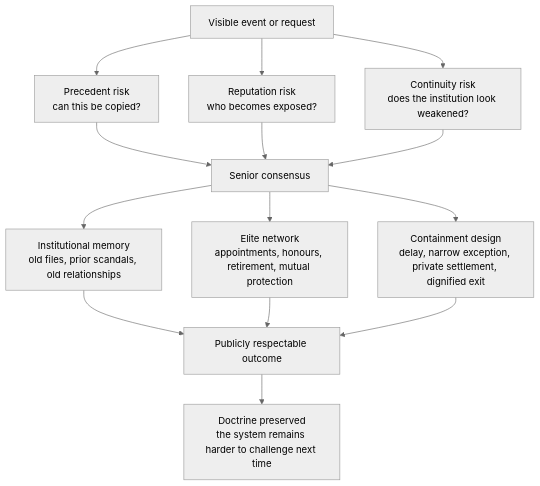
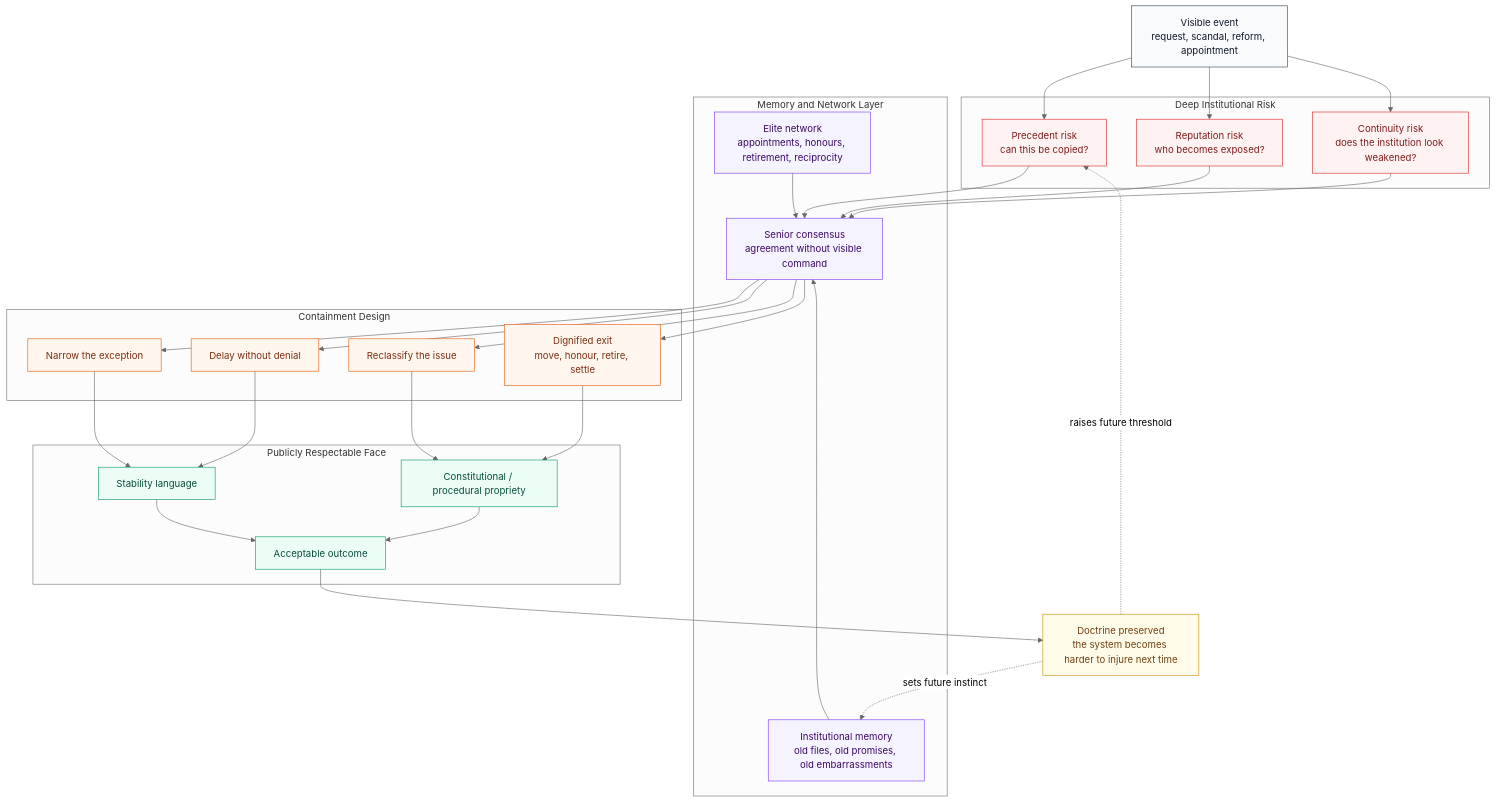
One commit to Mingfius-Song/GCMG-ladder_to_apotheosis-skill changed the fourth of 8 diagrams in README.md. Above: the diagram before and after it, drawn with Mermaid (neutral theme). The commit also changed other lines of this file, not shown here.

Commit message:
Refine Humphrey and Arnold diagrams with layered architecture

````diff
--- a/README.md
+++ b/README.md
@@ -188,19 +221,60 @@
 ```mermaid
-flowchart TD
-    Event["Visible event or request"] --> Precedent["Precedent risk<br/>can this be copied?"]
-    Event --> Reputation["Reputation risk<br/>who becomes exposed?"]
-    Event --> Continuity["Continuity risk<br/>does the institution look weakened?"]
+flowchart TB
+    Event["Visible event<br/>request, scandal, reform, appointment"]:::input
 
-    Precedent --> SeniorConsensus["Senior consensus"]
-    Reputation --> SeniorConsensus
-    Continuity --> SeniorConsensus
+    subgraph Risk["Deep Institutional Risk"]
+        Precedent["Precedent risk<br/>can this be copied?"]:::risk
+        Reputation["Reputation risk<br/>who becomes exposed?"]:::risk
+        Continuity["Continuity risk<br/>does the institution look weakened?"]:::risk
+    end
 
-    SeniorConsensus --> Memory["Institutional memory<br/>old files, prior scandals, old relationships"]
-    SeniorConsensus --> Network["Elite network<br/>appointments, honours, retirement, mutual protection"]
-    SeniorConsensus --> Containment["Containment design<br/>delay, narrow exception, private settlement, dignified exit"]
+    subgraph MemoryNet["Memory and Network Layer"]
+        Memory["Institutional memory<br/>old files, old promises, old embarrassments"]:::memory
+        Network["Elite network<br/>appointments, honours, retirement, reciprocity"]:::memory
+        Consensus["Senior consensus<br/>agreement without visible command"]:::memory
+    end
 
-    Memory --> Output["Publicly respectable outcome"]
-    Network --> Output
-    Containment --> Output
-    Output --> Doctrine["Doctrine preserved<br/>the system remains harder to challenge next time"]
+    subgraph Containment["Containment Design"]
+        Narrowing["Narrow the exception"]:::contain
+        Delay["Delay without denial"]:::contain
+        Reclassify["Reclassify the issue"]:::contain
+        DignifiedExit["Dignified exit<br/>move, honour, retire, settle"]:::contain
+    end
+
+    subgraph PublicFace["Publicly Respectable Face"]
+        Stability["Stability language"]:::public
+        Propriety["Constitutional / procedural propriety"]:::public
+        Outcome["Acceptable outcome"]:::public
+    end
+
+    Doctrine["Doctrine preserved<br/>the system becomes harder to injure next time"]:::doctrine
+
+    Event --> Precedent
+    Event --> Reputation
+    Event --> Continuity
+    Precedent --> Consensus
+    Reputation --> Consensus
+    Continuity --> Consensus
+    Memory --> Consensus
+    Network --> Consensus
+    Consensus --> Narrowing
+    Consensus --> Delay
+    Consensus --> Reclassify
+    Consensus --> DignifiedExit
+    Narrowing --> Stability
+    Delay --> Stability
+    Reclassify --> Propriety
+    DignifiedExit --> Propriety
+    Stability --> Outcome
+    Propriety --> Outcome
+    Outcome --> Doctrine
+    Doctrine -.sets future instinct.-> Memory
+    Doctrine -.raises future threshold.-> Precedent
+
+    classDef input fill:#f8fafc,stroke:#334155,stroke-width:1px,color:#0f172a
+    classDef risk fill:#fef2f2,stroke:#dc2626,stroke-width:1px,color:#7f1d1d
+    classDef memory fill:#f5f3ff,stroke:#7c3aed,stroke-width:1px,color:#3b0764
+    classDef contain fill:#fff7ed,stroke:#ea580c,stroke-width:1px,color:#7c2d12
+    classDef public fill:#ecfdf5,stroke:#059669,stroke-width:1px,color:#064e3b
+    classDef doctrine fill:#fefce8,stroke:#ca8a04,stroke-width:1px,color:#713f12
 ```
````
